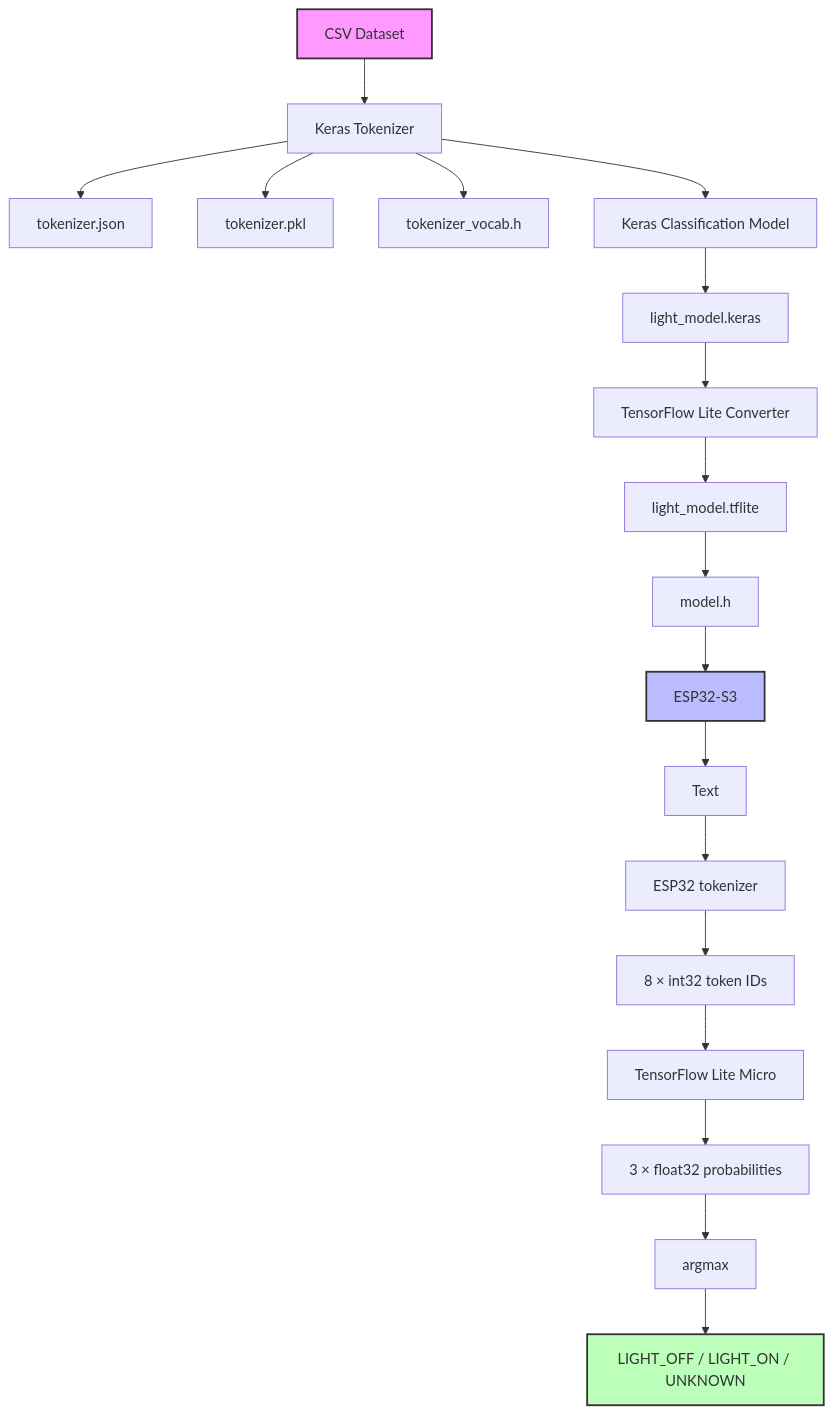
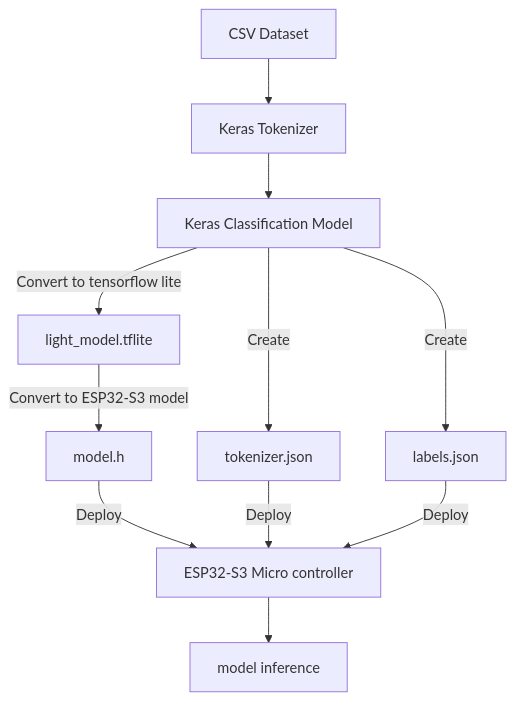
Before and after one commit to mailtopk/esp32_ai: the diagram in README.md, drawn with Mermaid.

Commit message:
Updated REDME file

````diff
--- a/README.md
+++ b/README.md
@@ -63,30 +63,20 @@
 ```mermaid
 graph TD
     %% Training Dataset to Serialization
     A[CSV Dataset] --> B[Keras Tokenizer]
-    B --> B1[tokenizer.json]
-    B --> B2[tokenizer.pkl]
-    B --> B3[tokenizer_vocab.h]
 
     %% Training to Conversion
     B --> C[Keras Classification Model]
-    C --> D[light_model.keras]
-    D --> E[TensorFlow Lite Converter]
-    E --> F[light_model.tflite]
-    F --> G[model.h]
+    C -->|Create|C1[tokenizer.json]
+    C -->|Create| C2[labels.json]
+    C -->|Convert to tensorflow lite| D[light_model.tflite]
+    D -->|Convert to ESP32-S3 model | E[model.h]
 
     %% MCU Deployment and Inference Pipeline
-    G --> H[ESP32-S3]
-    H --> I[Text]
-    I --> J[ESP32 tokenizer]
-    J --> K[8 × int32 token IDs]
-    K --> L[TensorFlow Lite Micro]
-    L --> M[3 × float32 probabilities]
-    M --> N[argmax]
-    N --> O[LIGHT_OFF / LIGHT_ON / UNKNOWN]
+    E --> |Deploy | F[ESP32-S3 Micro controller]
+    F --> G[model inference]
+    C1 -->|Deploy | F
+    C2 -->|Deploy | F
+    
 
-    %% Styling for better scannability
-    style A fill:#f9f,stroke:#333,stroke-width:2px
-    style H fill:#bbf,stroke:#333,stroke-width:2px
-    style O fill:#bfb,stroke:#333,stroke-width:2px
 ```
````
